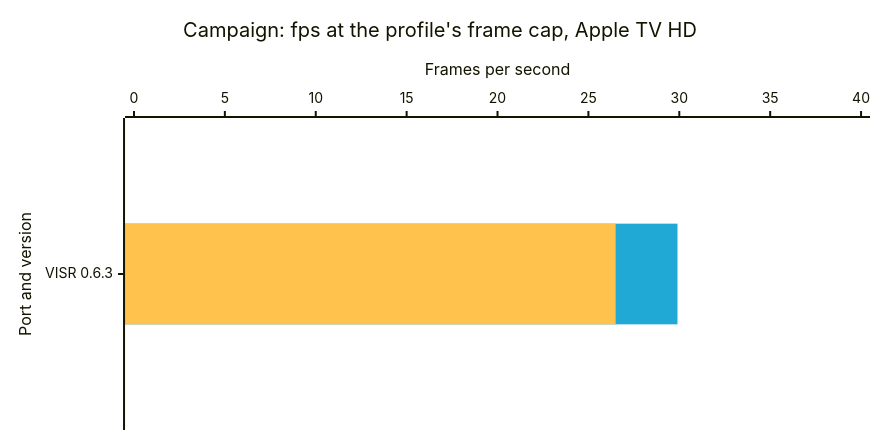
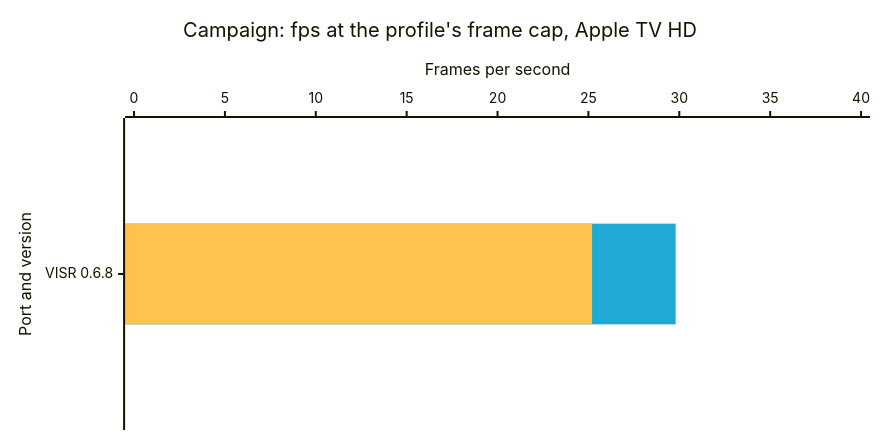
The fifth of 7 diagrams in docs/benchmarks.md (VISR-CE/visr), drawn with Mermaid before and after one commit. The commit also changed other lines of this file and 6 other files, not shown here.

````diff
--- a/docs/benchmarks.md
+++ b/docs/benchmarks.md
@@ -138,17 +138,17 @@
 ```mermaid
 ---
 config:
   xyChart:
     width: 860
     height: 420
   themeVariables:
     xyChart:
       plotColorPalette: "#1fa9d4, #ffc24d"
 ---
 xychart-beta horizontal
     title "Campaign: fps at the profile's frame cap, Apple TV HD"
-    x-axis "Port and version" ["VISR 0.6.3"]
+    x-axis "Port and version" ["VISR 0.6.8"]
     y-axis "Frames per second" 0 --> 40
-    bar [29.9]
-    bar [26.5]
+    bar [29.8]
+    bar [25.2]
 ```
````
